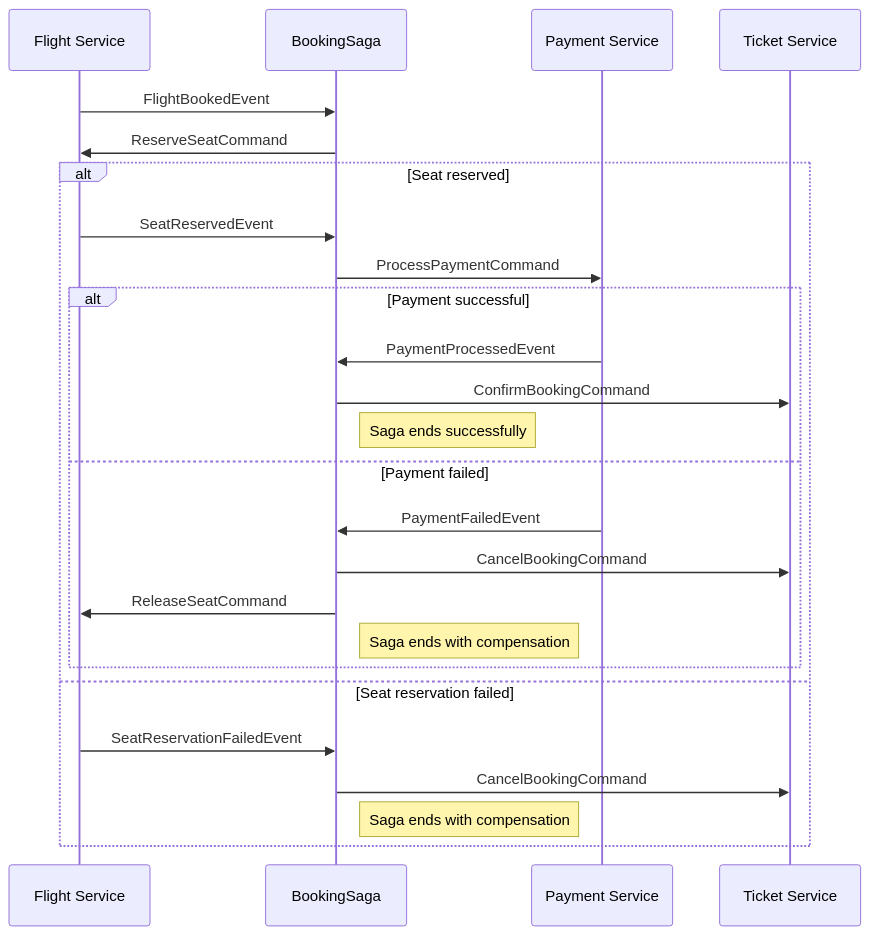
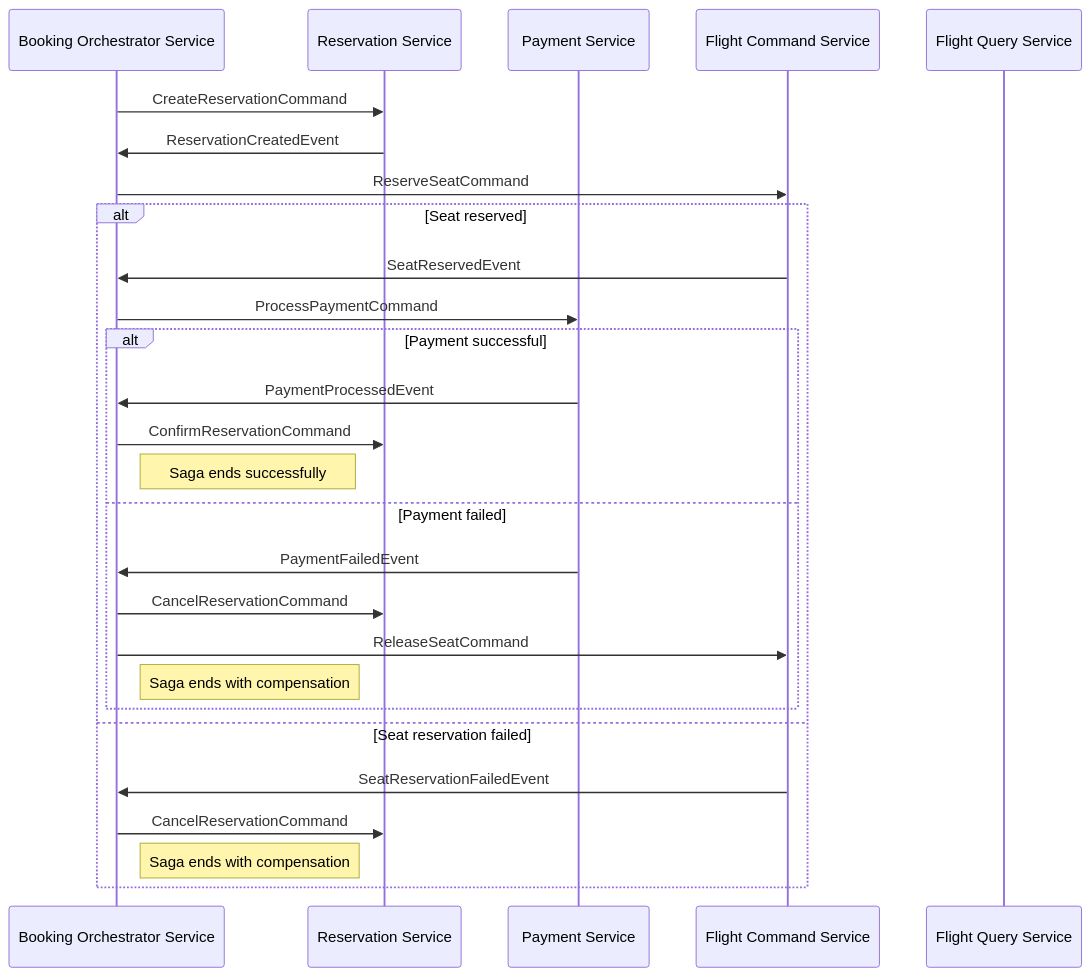
Before and after one commit to vstebletsov89/spring-boot-microservices-saga: the diagram in saga.mmd, drawn with Mermaid. The commit also changed other lines of this file and 2 other files, not shown here.

```diff
--- a/saga.mmd
+++ b/saga.mmd
@@ -1,29 +1,31 @@
 sequenceDiagram
-    participant FS as Flight Service
-    participant Saga as BookingSaga
+    participant BOS as Booking Orchestrator Service
+    participant RS as Reservation Service
     participant PS as Payment Service
-    participant TS as Ticket Service
+    participant FCS as Flight Command Service
+    participant FQS as Flight Query Service
 
-    FS->>Saga: FlightBookedEvent
-    Saga->>FS: ReserveSeatCommand
+    BOS->>RS: CreateReservationCommand
+    RS->>BOS: ReservationCreatedEvent
 
+    BOS->>FCS: ReserveSeatCommand
     alt Seat reserved
-        FS->>Saga: SeatReservedEvent
-        Saga->>PS: ProcessPaymentCommand
+        FCS->>BOS: SeatReservedEvent
+        BOS->>PS: ProcessPaymentCommand
 
         alt Payment successful
-            PS->>Saga: PaymentProcessedEvent
-            Saga->>TS: ConfirmBookingCommand
-            Note right of Saga: Saga ends successfully
+            PS->>BOS: PaymentProcessedEvent
+            BOS->>RS: ConfirmReservationCommand
+            Note right of BOS: Saga ends successfully
         else Payment failed
-            PS->>Saga: PaymentFailedEvent
-            Saga->>TS: CancelBookingCommand
-            Saga->>FS: ReleaseSeatCommand
-            Note right of Saga: Saga ends with compensation
+            PS->>BOS: PaymentFailedEvent
+            BOS->>RS: CancelReservationCommand
+            BOS->>FCS: ReleaseSeatCommand
+            Note right of BOS: Saga ends with compensation
         end
 
     else Seat reservation failed
-        FS->>Saga: SeatReservationFailedEvent
-        Saga->>TS: CancelBookingCommand
-        Note right of Saga: Saga ends with compensation
+        FCS->>BOS: SeatReservationFailedEvent
+        BOS->>RS: CancelReservationCommand
+        Note right of BOS: Saga ends with compensation
     end
```
